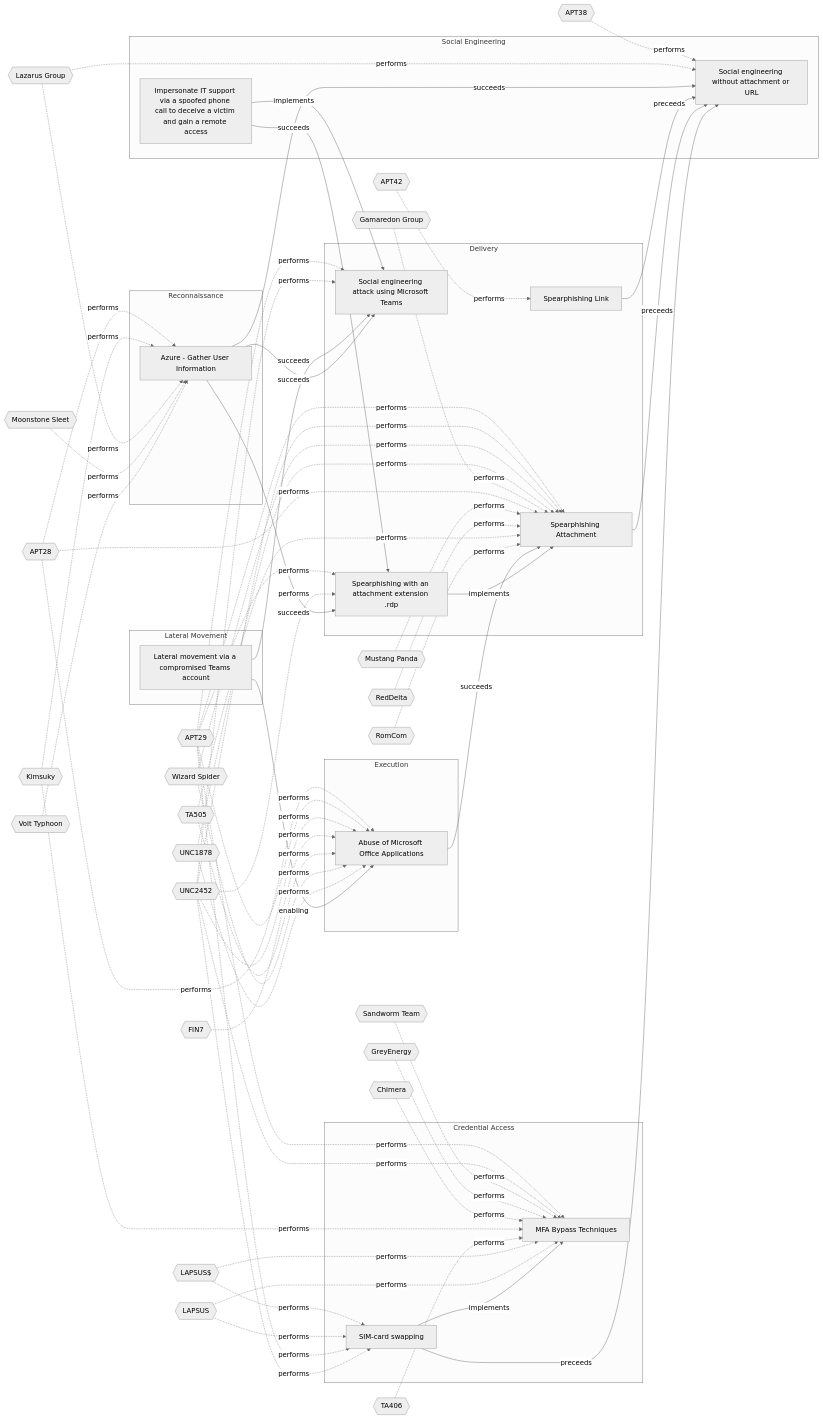
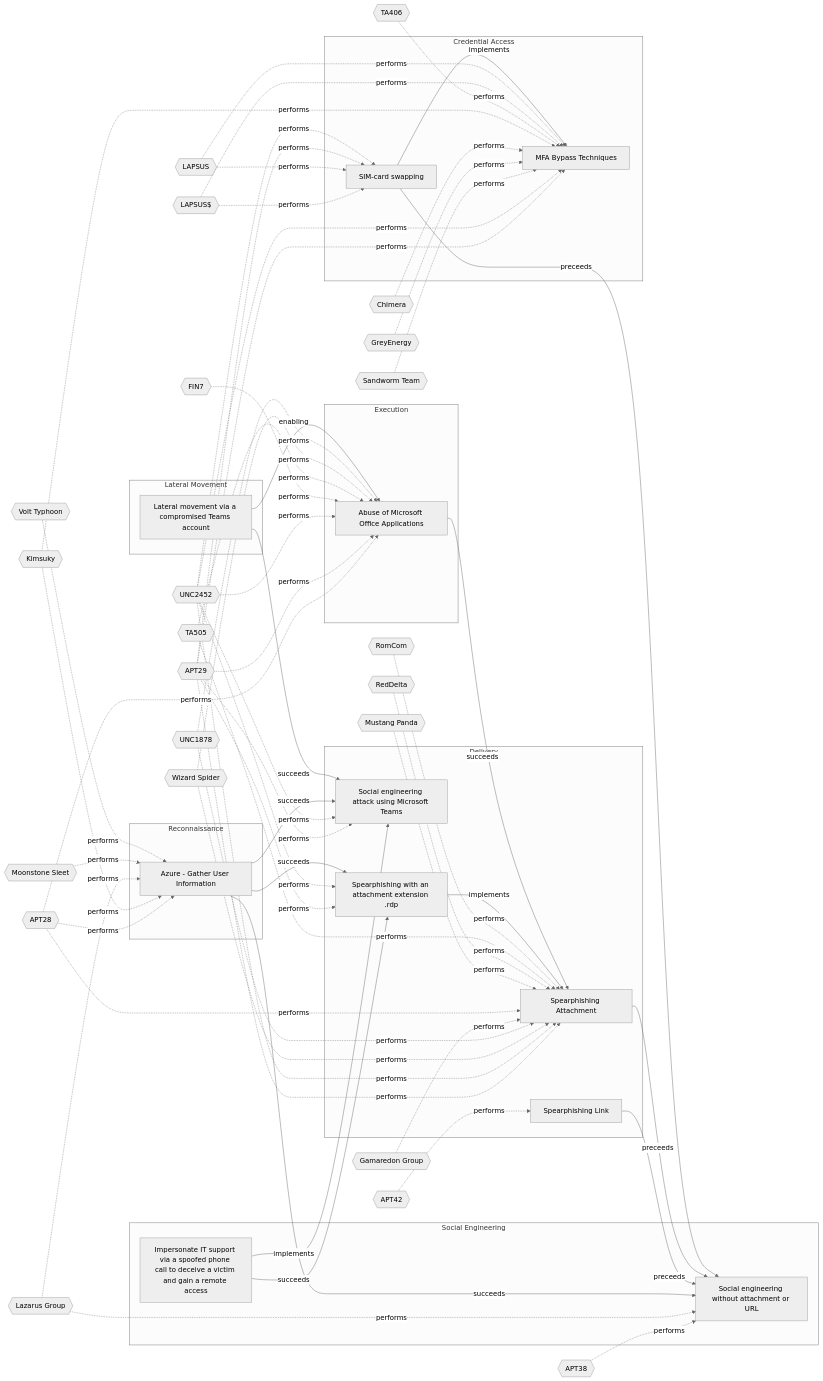
The diagram in Models/Threat Vectors/☣️ Social engineering attack using Microsoft Teams.md (OpenTideHQ/WikiTide), drawn with Mermaid (neutral theme) before and after one commit. The commit also changed other lines of this file and 48 other files, not shown here.

````diff
--- a/Models/Threat Vectors/☣️ Social engineering attack using Microsoft Teams.md
+++ b/Models/Threat Vectors/☣️ Social engineering attack using Microsoft Teams.md
@@ -102,20 +102,20 @@
 
 flowchart LR
 
-cc9003f7-a9e3-4407-a1ca-d514af469787[Lateral movement via a compromised Teams account]
+2900d389-3098-49d3-8166-5b2612d03576[Azure - Gather User Information]
 06c60af1-5fa8-493c-bf9b-6b2e215819f1[Social engineering attack using Microsoft Teams]
-b663b684-a80f-4570-89b6-2f7faa16fece[Abuse of Microsoft Office Applications]
-2900d389-3098-49d3-8166-5b2612d03576[Azure - Gather User Information]
 58b98d75-fc63-4662-8908-a2a7f4200902[Spearphishing with an attachment extension .rdp]
 0cdaee96-8595-4f3f-ba07-758b8be9d359[Social engineering without attachment or URL]
+cc9003f7-a9e3-4407-a1ca-d514af469787[Lateral movement via a compromised Teams account]
+b663b684-a80f-4570-89b6-2f7faa16fece[Abuse of Microsoft Office Applications]
 c4456134-df7b-4969-b5ff-a24794996890[Impersonate IT support via a spoofed phone call to deceive a victim and gain a remote access]
 dd5d942c-bac4-4000-b9a6-ca4fef6cfb84[Spearphishing Attachment]
 1a68b5eb-0112-424d-a21f-88dda0b6b8df[Spearphishing Link]
 6a7a493a-511a-4c9d-aa9c-4427c832a322[SIM-card swapping]
 4a807ac4-f764-41b1-ae6f-94239041d349[MFA Bypass Techniques]
 
-subgraph Lateral Movement
-cc9003f7-a9e3-4407-a1ca-d514af469787
+subgraph Reconnaissance
+2900d389-3098-49d3-8166-5b2612d03576
 end
 subgraph Delivery
 06c60af1-5fa8-493c-bf9b-6b2e215819f1
@@ -123,33 +123,33 @@
 dd5d942c-bac4-4000-b9a6-ca4fef6cfb84
 1a68b5eb-0112-424d-a21f-88dda0b6b8df
 end
-subgraph Execution
-b663b684-a80f-4570-89b6-2f7faa16fece
-end
-subgraph Reconnaissance
-2900d389-3098-49d3-8166-5b2612d03576
-end
 subgraph Social Engineering
 0cdaee96-8595-4f3f-ba07-758b8be9d359
 c4456134-df7b-4969-b5ff-a24794996890
+end
+subgraph Lateral Movement
+cc9003f7-a9e3-4407-a1ca-d514af469787
+end
+subgraph Execution
+b663b684-a80f-4570-89b6-2f7faa16fece
 end
 subgraph Credential Access
 6a7a493a-511a-4c9d-aa9c-4427c832a322
 4a807ac4-f764-41b1-ae6f-94239041d349
 end
 
+APT28{{APT28}}
+Kimsuky{{Kimsuky}}
+LazarusGroup{{Lazarus Group}}
+MoonstoneSleet{{Moonstone Sleet}}
+VoltTyphoon{{Volt Typhoon}}
 APT29{{APT29}}
 UNC2452{{UNC2452}}
-APT28{{APT28}}
+APT38{{APT38}}
 FIN7{{FIN7}}
 TA505{{TA505}}
 WizardSpider{{Wizard Spider}}
 UNC1878{{UNC1878}}
-Kimsuky{{Kimsuky}}
-LazarusGroup{{Lazarus Group}}
-MoonstoneSleet{{Moonstone Sleet}}
-VoltTyphoon{{Volt Typhoon}}
-APT38{{APT38}}
 GamaredonGroup{{Gamaredon Group}}
 MustangPanda{{Mustang Panda}}
 RedDelta{{RedDelta}}
@@ -162,8 +162,17 @@
 Chimera{{Chimera}}
 TA406{{TA406}}
 
+APT28 -.-> |performs| 2900d389-3098-49d3-8166-5b2612d03576
+Kimsuky -.-> |performs| 2900d389-3098-49d3-8166-5b2612d03576
+LazarusGroup -.-> |performs| 2900d389-3098-49d3-8166-5b2612d03576
+MoonstoneSleet -.-> |performs| 2900d389-3098-49d3-8166-5b2612d03576
+VoltTyphoon -.-> |performs| 2900d389-3098-49d3-8166-5b2612d03576
 APT29 -.-> |performs| 06c60af1-5fa8-493c-bf9b-6b2e215819f1
 UNC2452 -.-> |performs| 06c60af1-5fa8-493c-bf9b-6b2e215819f1
+APT29 -.-> |performs| 58b98d75-fc63-4662-8908-a2a7f4200902
+UNC2452 -.-> |performs| 58b98d75-fc63-4662-8908-a2a7f4200902
+APT38 -.-> |performs| 0cdaee96-8595-4f3f-ba07-758b8be9d359
+LazarusGroup -.-> |performs| 0cdaee96-8595-4f3f-ba07-758b8be9d359
 APT28 -.-> |performs| b663b684-a80f-4570-89b6-2f7faa16fece
 APT29 -.-> |performs| b663b684-a80f-4570-89b6-2f7faa16fece
 UNC2452 -.-> |performs| b663b684-a80f-4570-89b6-2f7faa16fece
@@ -171,15 +180,6 @@
 TA505 -.-> |performs| b663b684-a80f-4570-89b6-2f7faa16fece
 WizardSpider -.-> |performs| b663b684-a80f-4570-89b6-2f7faa16fece
 UNC1878 -.-> |performs| b663b684-a80f-4570-89b6-2f7faa16fece
-APT28 -.-> |performs| 2900d389-3098-49d3-8166-5b2612d03576
-Kimsuky -.-> |performs| 2900d389-3098-49d3-8166-5b2612d03576
-LazarusGroup -.-> |performs| 2900d389-3098-49d3-8166-5b2612d03576
-MoonstoneSleet -.-> |performs| 2900d389-3098-49d3-8166-5b2612d03576
-VoltTyphoon -.-> |performs| 2900d389-3098-49d3-8166-5b2612d03576
-APT29 -.-> |performs| 58b98d75-fc63-4662-8908-a2a7f4200902
-UNC2452 -.-> |performs| 58b98d75-fc63-4662-8908-a2a7f4200902
-APT38 -.-> |performs| 0cdaee96-8595-4f3f-ba07-758b8be9d359
-LazarusGroup -.-> |performs| 0cdaee96-8595-4f3f-ba07-758b8be9d359
 APT29 -.-> |performs| dd5d942c-bac4-4000-b9a6-ca4fef6cfb84
 UNC2452 -.-> |performs| dd5d942c-bac4-4000-b9a6-ca4fef6cfb84
 WizardSpider -.-> |performs| dd5d942c-bac4-4000-b9a6-ca4fef6cfb84
@@ -205,18 +205,18 @@
 LAPSUS$ -.-> |performs| 4a807ac4-f764-41b1-ae6f-94239041d349
 LAPSUS -.-> |performs| 4a807ac4-f764-41b1-ae6f-94239041d349
 
-cc9003f7-a9e3-4407-a1ca-d514af469787 -->|succeeds| 06c60af1-5fa8-493c-bf9b-6b2e215819f1
-cc9003f7-a9e3-4407-a1ca-d514af469787 -->|enabling| b663b684-a80f-4570-89b6-2f7faa16fece
 2900d389-3098-49d3-8166-5b2612d03576 -->|succeeds| 06c60af1-5fa8-493c-bf9b-6b2e215819f1
 2900d389-3098-49d3-8166-5b2612d03576 -->|succeeds| 58b98d75-fc63-4662-8908-a2a7f4200902
 2900d389-3098-49d3-8166-5b2612d03576 -->|succeeds| 0cdaee96-8595-4f3f-ba07-758b8be9d359
+cc9003f7-a9e3-4407-a1ca-d514af469787 -->|succeeds| 06c60af1-5fa8-493c-bf9b-6b2e215819f1
+cc9003f7-a9e3-4407-a1ca-d514af469787 -->|enabling| b663b684-a80f-4570-89b6-2f7faa16fece
 c4456134-df7b-4969-b5ff-a24794996890 -->|implements| 06c60af1-5fa8-493c-bf9b-6b2e215819f1
 c4456134-df7b-4969-b5ff-a24794996890 -->|succeeds| 58b98d75-fc63-4662-8908-a2a7f4200902
-b663b684-a80f-4570-89b6-2f7faa16fece -->|succeeds| dd5d942c-bac4-4000-b9a6-ca4fef6cfb84
 58b98d75-fc63-4662-8908-a2a7f4200902 -->|implements| dd5d942c-bac4-4000-b9a6-ca4fef6cfb84
 1a68b5eb-0112-424d-a21f-88dda0b6b8df -->|preceeds| 0cdaee96-8595-4f3f-ba07-758b8be9d359
 dd5d942c-bac4-4000-b9a6-ca4fef6cfb84 -->|preceeds| 0cdaee96-8595-4f3f-ba07-758b8be9d359
 6a7a493a-511a-4c9d-aa9c-4427c832a322 -->|preceeds| 0cdaee96-8595-4f3f-ba07-758b8be9d359
 6a7a493a-511a-4c9d-aa9c-4427c832a322 -->|implements| 4a807ac4-f764-41b1-ae6f-94239041d349
+b663b684-a80f-4570-89b6-2f7faa16fece -->|succeeds| dd5d942c-bac4-4000-b9a6-ca4fef6cfb84
 
 ```
````
